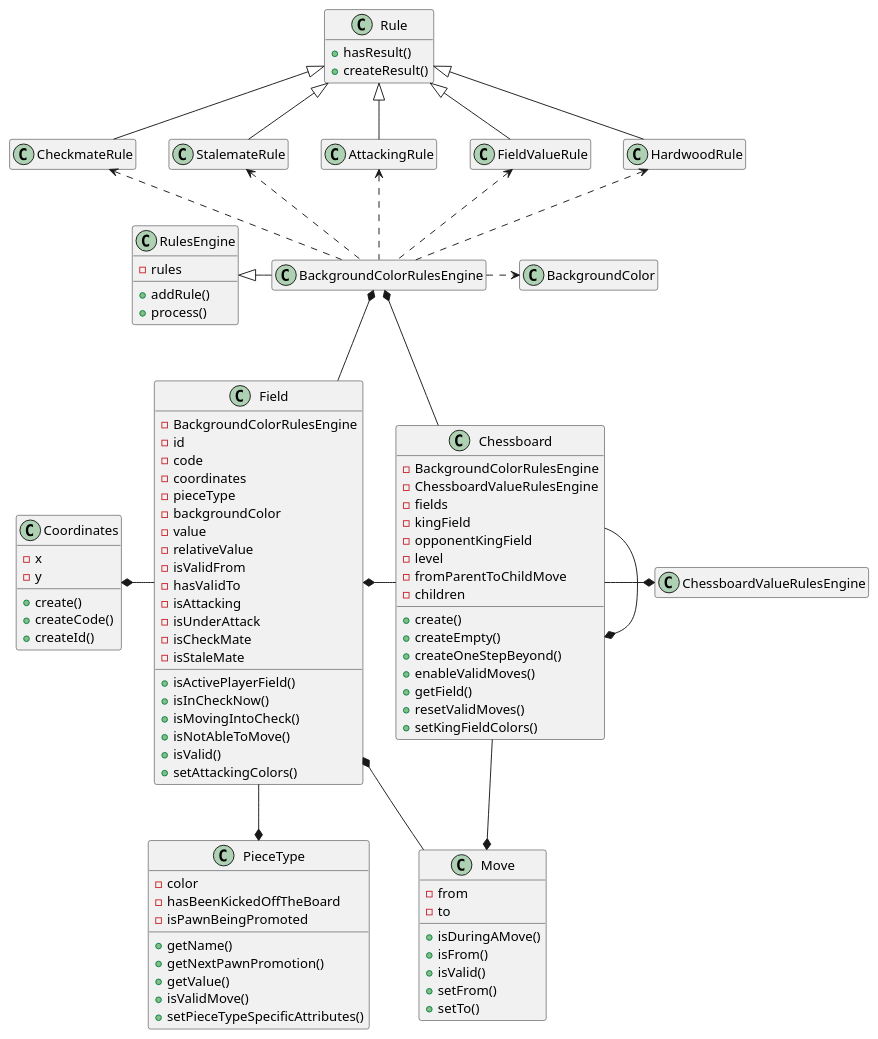
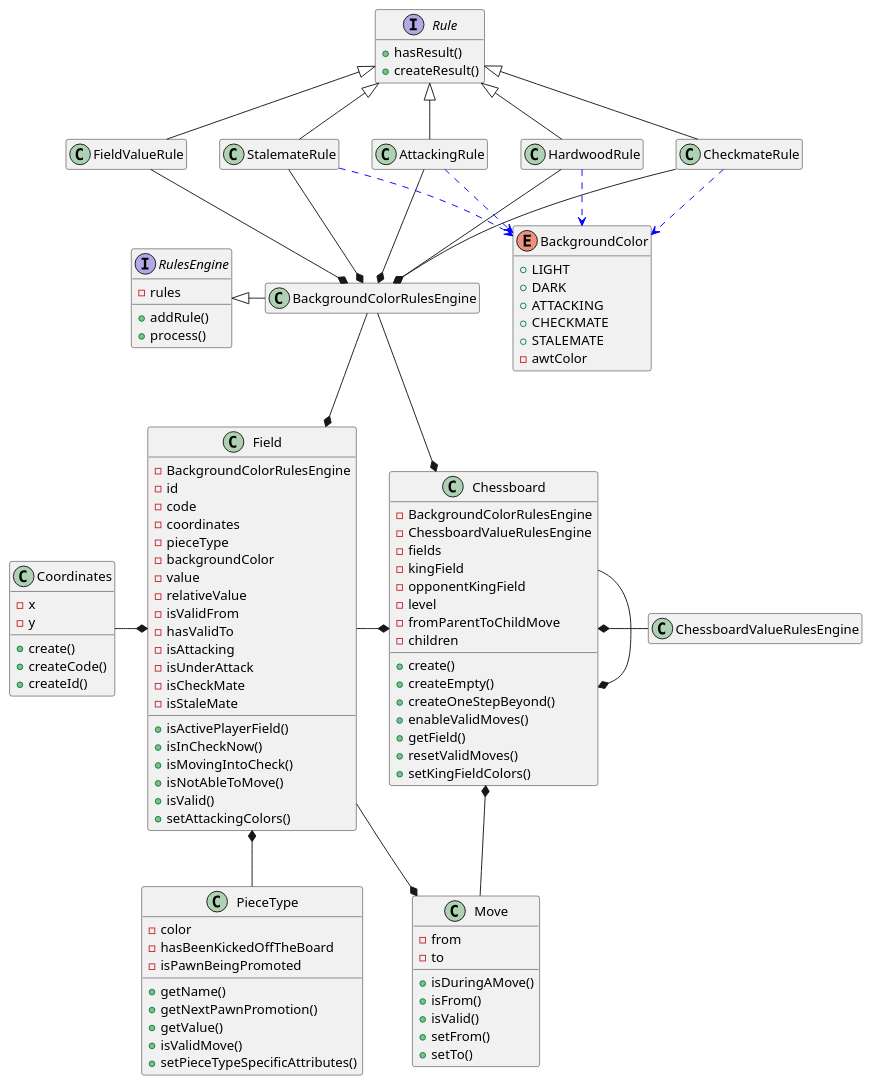
One commit to tiktaalick/chess-with-database changed the diagram in game/src/main/resources/uml/chessboard.puml. Above: the diagram before and after it, drawn with PlantUML. The commit also changed 6 other files, not shown here.

Commit message:
* Added a PlantUML class diagram describing the player package. * Updated the other class diagrams as well.

```diff
--- a/game/src/main/resources/uml/chessboard.puml
+++ b/game/src/main/resources/uml/chessboard.puml
@@ -1,121 +1,134 @@
 @startuml
 
 '--------------'
 'Hidden members'
 '--------------'
 hide empty members
 
 '----------'
 'Chessboard'
 '----------'
 class Chessboard {
     - BackgroundColorRulesEngine
     - ChessboardValueRulesEngine
     - fields
     - kingField
     - opponentKingField
     - level
     - fromParentToChildMove
     - children
     + create()
     + createEmpty()
     + createOneStepBeyond()
     + enableValidMoves()
     + getField()
     + resetValidMoves()
     + setKingFieldColors()
 }
 
 class BackgroundColorRulesEngine {
 
 }
 
 class Field {
     - BackgroundColorRulesEngine
     - id
     - code
     - coordinates
     - pieceType
     - backgroundColor
     - value
     - relativeValue
     - isValidFrom
     - hasValidTo
     - isAttacking
     - isUnderAttack
     - isCheckMate
     - isStaleMate
     + isActivePlayerField()
     + isInCheckNow()
     + isMovingIntoCheck()
     + isNotAbleToMove()
     + isValid()
     + setAttackingColors()
 }
 
 class Move {
     - from
     - to
     + isDuringAMove()
     + isFrom()
     + isValid()
     + setFrom()
     + setTo()
 }
 
 class Coordinates {
     - x
     - y
     + create()
     + createCode()
     + createId()
 }
 
 class PieceType {
     - color
     - hasBeenKickedOffTheBoard
     - isPawnBeingPromoted
     + getName()
     + getNextPawnPromotion()
     + getValue()
     + isValidMove()
     + setPieceTypeSpecificAttributes()
 }
 
-class RulesEngine {
+interface RulesEngine {
     - rules
     + addRule()
     + process()
 }
 
-class Rule {
+interface Rule {
     + hasResult()
     + createResult()
+}
+
+enum BackgroundColor {
+    + LIGHT
+    + DARK
+    + ATTACKING
+    + CHECKMATE
+    + STALEMATE
+    - awtColor
+
 }
 
 '---------'
 'Relations'
 '---------'
-Chessboard -up-* BackgroundColorRulesEngine
-Chessboard -right-* ChessboardValueRulesEngine
-Chessboard -left-* Field
-Chessboard -right-* Move
+Chessboard *-up- BackgroundColorRulesEngine
+Chessboard *-right- ChessboardValueRulesEngine
+Chessboard *-left- Field
+Chessboard *-right- Move
 Chessboard --* Chessboard
-Field -up-* BackgroundColorRulesEngine
-Field -left-* Coordinates
-Field --* PieceType
-Field *-- Move
-BackgroundColorRulesEngine .up.> HardwoodRule
-BackgroundColorRulesEngine .up.> FieldValueRule
-BackgroundColorRulesEngine .up.> AttackingRule
-BackgroundColorRulesEngine .up.> StalemateRule
-BackgroundColorRulesEngine .up.> CheckmateRule
-BackgroundColorRulesEngine .right.> BackgroundColor
+Field *-up- BackgroundColorRulesEngine
+Field *-left- Coordinates
+Field *-- PieceType
+Field --* Move
+BackgroundColorRulesEngine *-up- HardwoodRule
+BackgroundColorRulesEngine *-up- FieldValueRule
+BackgroundColorRulesEngine *-up- AttackingRule
+BackgroundColorRulesEngine *-up- StalemateRule
+BackgroundColorRulesEngine *-up- CheckmateRule
 BackgroundColorRulesEngine -left-|> RulesEngine
 HardwoodRule -up-|> Rule
 FieldValueRule -up-|> Rule
 AttackingRule -up-|> Rule
 StalemateRule -up-|> Rule
 CheckmateRule -up-|> Rule
+HardwoodRule .down[#blue].> BackgroundColor
+AttackingRule .down[#blue].> BackgroundColor
+StalemateRule .down[#blue].> BackgroundColor
+CheckmateRule .down[#blue].> BackgroundColor
 
 @enduml
```
